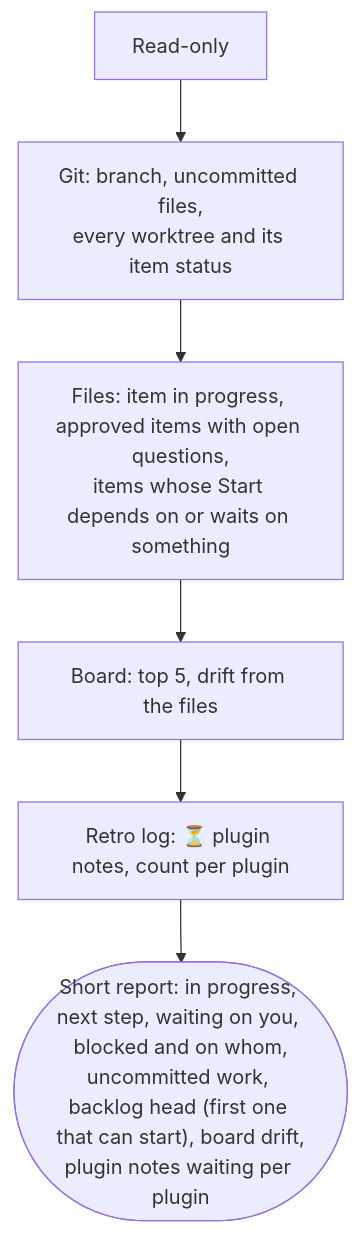
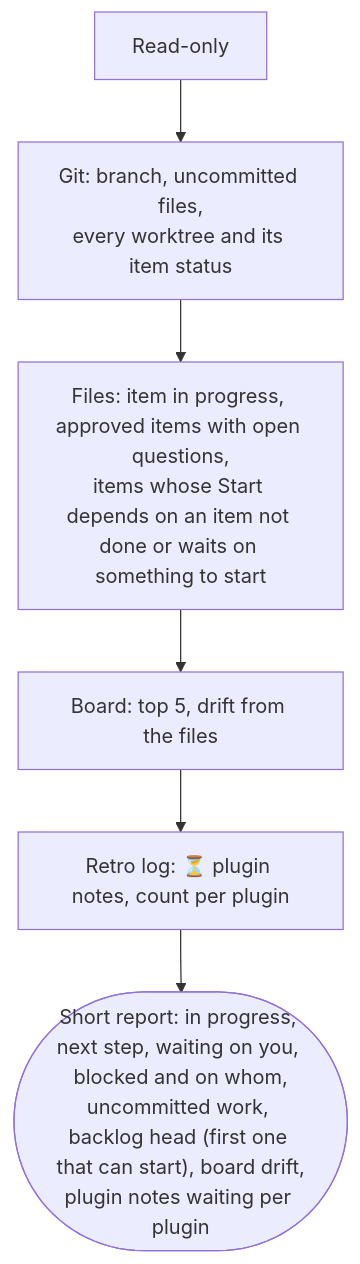
Diagram 15 of 20 in docs/agile/workflow.md (alexcanario/simulab), drawn with Mermaid before and after one commit. The commit also changed other lines of this file and 17 other files, not shown here.

````diff
--- a/docs/agile/workflow.md
+++ b/docs/agile/workflow.md
@@ -1636,8 +2208,8 @@
 ```mermaid
 flowchart TD
     A["Read-only"] --> B["Git: branch, uncommitted files,<br/>every worktree and its item status"]
-    B --> C["Files: item in progress, approved items with open questions,<br/>items whose Start depends on or waits on something"]
+    B --> C["Files: item in progress, approved items with open questions,<br/>items whose Start depends on an item not done or waits on something to start"]
     C --> D["Board: top 5, drift from the files"]
     D --> E["Retro log: ⏳ plugin notes, count per plugin"]
     E --> F(["Short report: in progress, next step, waiting on you, blocked and on whom,<br/>uncommitted work, backlog head (first one that can start), board drift,<br/>plugin notes waiting per plugin"])
 ```
````
